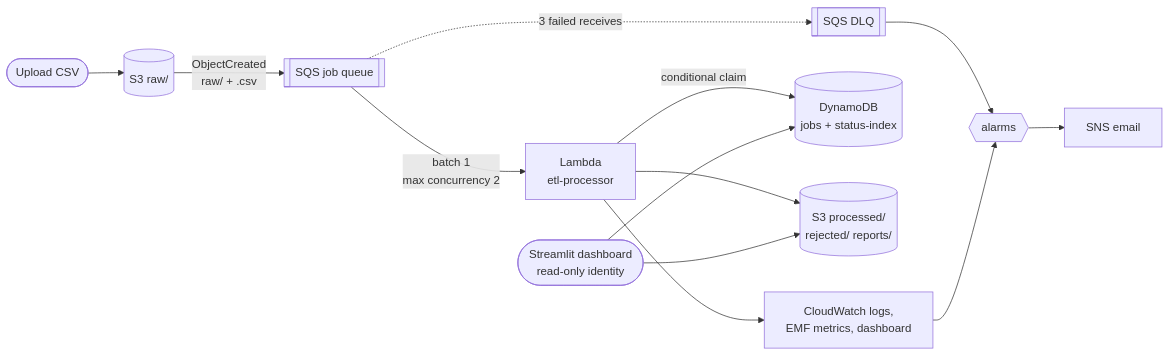
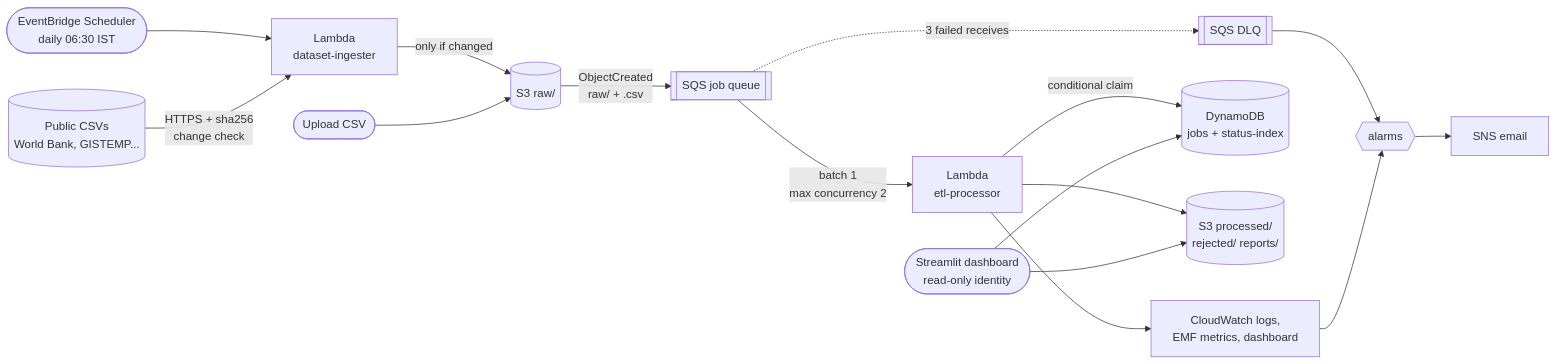
Before and after one commit to sandhyav6/datapulse: the diagram in README.md, drawn with Mermaid. The commit also changed other lines of this file and 4 other files, not shown here.

````diff
--- a/README.md
+++ b/README.md
@@ -22,14 +43,17 @@
 ```mermaid
 flowchart LR
+    SCH([EventBridge Scheduler<br/>daily 06:30 IST]) --> ING[Lambda<br/>dataset-ingester]
+    PUB[(Public CSVs<br/>World Bank, GISTEMP...)] -->|HTTPS + sha256<br/>change check| ING
+    ING -->|only if changed| R
     U([Upload CSV]) --> R[(S3 raw/)]
     R -->|ObjectCreated<br/>raw/ + .csv| Q[[SQS job queue]]
     Q -->|batch 1<br/>max concurrency 2| L[Lambda<br/>etl-processor]
     Q -.->|3 failed receives| DLQ[[SQS DLQ]]
     L -->|conditional claim| D[(DynamoDB<br/>jobs + status-index)]
     L --> O[(S3 processed/<br/>rejected/ reports/)]
     L --> CW[CloudWatch logs,<br/>EMF metrics, dashboard]
     DLQ --> AL{{alarms}}
     CW --> AL --> SNS[SNS email]
     DB([Streamlit dashboard<br/>read-only identity]) --> D
     DB --> O
 ```
````
